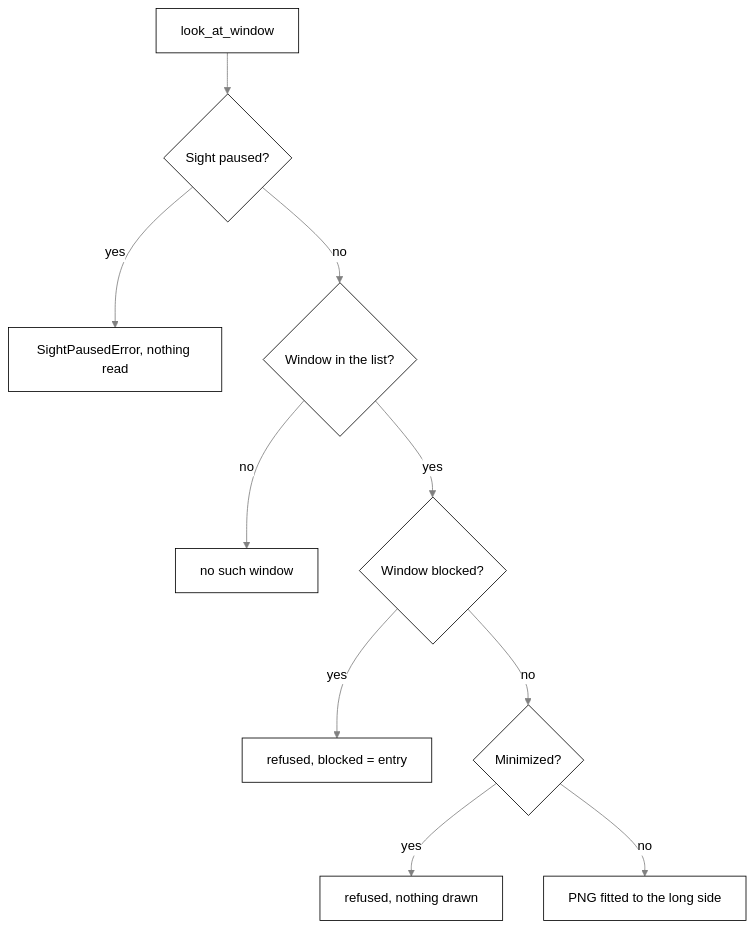
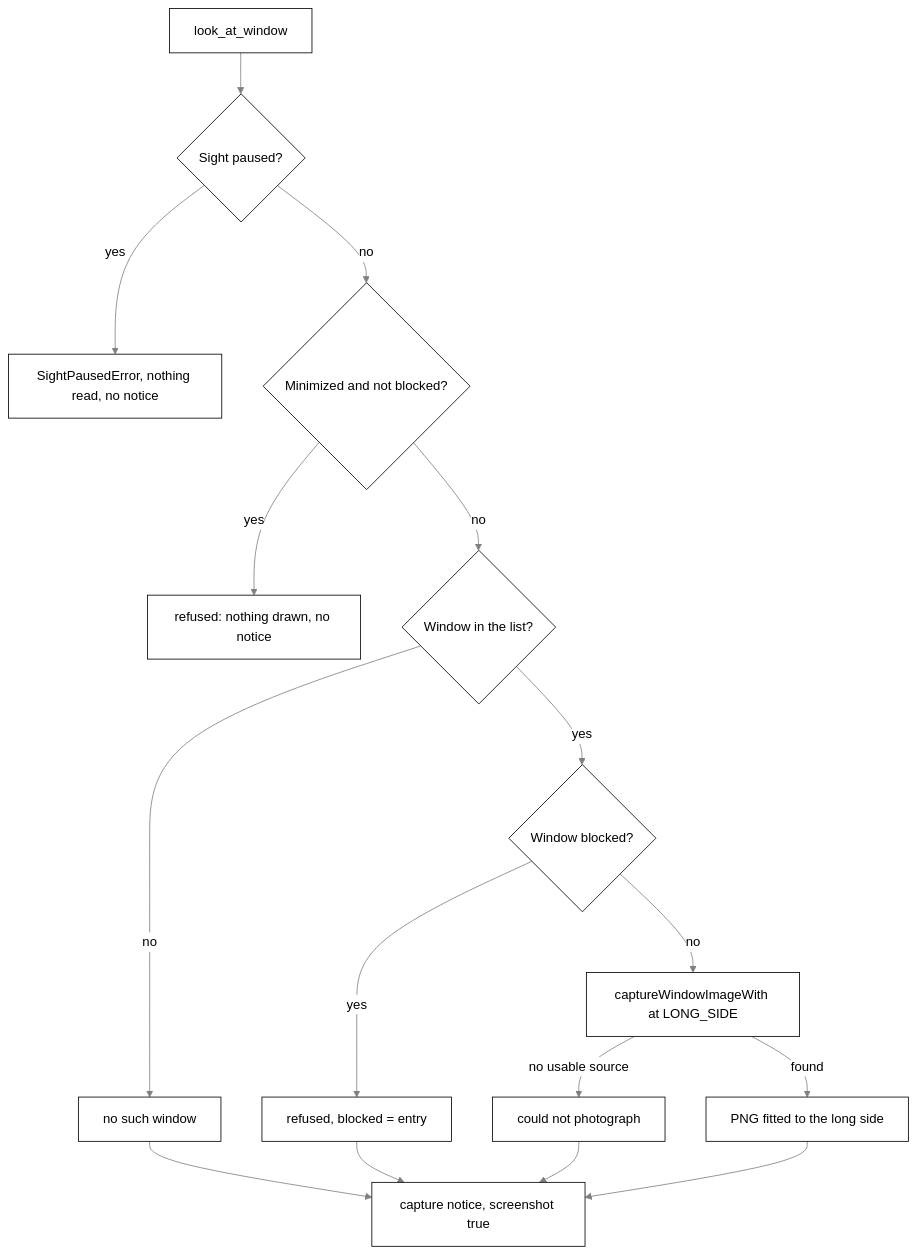
Before and after one commit to nadeem4/tagalong: the third of 4 diagrams in docs/sight.md, drawn with Mermaid. The commit also changed other lines of this file and 2 other files, not shown here.

First line of the commit message:
docs(sight): accurate sight doc with flow diagrams (#289)

````diff
--- a/docs/sight.md
+++ b/docs/sight.md
@@ -251,13 +311,19 @@
 ```mermaid
-%%{init: {"theme": "base", "themeVariables": {"primaryColor": "#ffffff", "primaryTextColor": "#000000", "primaryBorderColor": "#000000", "lineColor": "#808080", "secondaryColor": "#f2f2f2", "tertiaryColor": "#ffffff", "clusterBkg": "#f7f7f7", "clusterBorder": "#808080", "edgeLabelBackground": "#ffffff", "titleColor": "#808080", "fontFamily": "Segoe UI, Helvetica, Arial, sans-serif"}}}%%
+%%{init: {"theme": "base", "themeVariables": {"primaryColor": "#ffffff", "primaryTextColor": "#000000", "primaryBorderColor": "#000000", "lineColor": "#808080", "arrowheadColor": "#808080", "secondaryColor": "#f2f2f2", "tertiaryColor": "#ffffff", "clusterBkg": "#f7f7f7", "clusterBorder": "#808080", "edgeLabelBackground": "#ffffff", "titleColor": "#808080", "actorBkg": "#ffffff", "actorBorder": "#000000", "actorTextColor": "#000000", "actorLineColor": "#808080", "signalColor": "#808080", "signalTextColor": "#808080", "sequenceNumberColor": "#ffffff", "labelBoxBkgColor": "#ffffff", "labelBoxBorderColor": "#808080", "labelTextColor": "#000000", "loopTextColor": "#808080", "noteBkgColor": "#f7f7f7", "noteBorderColor": "#808080", "noteTextColor": "#000000", "activationBkgColor": "#f7f7f7", "activationBorderColor": "#808080", "fontFamily": "Segoe UI, Helvetica, Arial, sans-serif"}}}%%
 flowchart TD
   A[look_at_window] --> B{Sight paused?}
-  B -- yes --> P[SightPausedError, nothing read]
-  B -- no --> C{Window in the list?}
+  B -- yes --> P[SightPausedError, nothing read, no notice]
+  B -- no --> E{Minimized and not blocked?}
+  E -- yes --> M[refused: nothing drawn, no notice]
+  E -- no --> C{Window in the list?}
   C -- no --> N[no such window]
   C -- yes --> D{Window blocked?}
   D -- yes --> X[refused, blocked = entry]
-  D -- no --> E{Minimized?}
-  E -- yes --> M[refused, nothing drawn]
-  E -- no --> I[PNG fitted to the long side]
+  D -- no --> S[captureWindowImageWith at LONG_SIDE]
+  S -- no usable source --> F[could not photograph]
+  S -- found --> I[PNG fitted to the long side]
+  N --> Q[capture notice, screenshot true]
+  X --> Q
+  F --> Q
+  I --> Q
 ```
````
